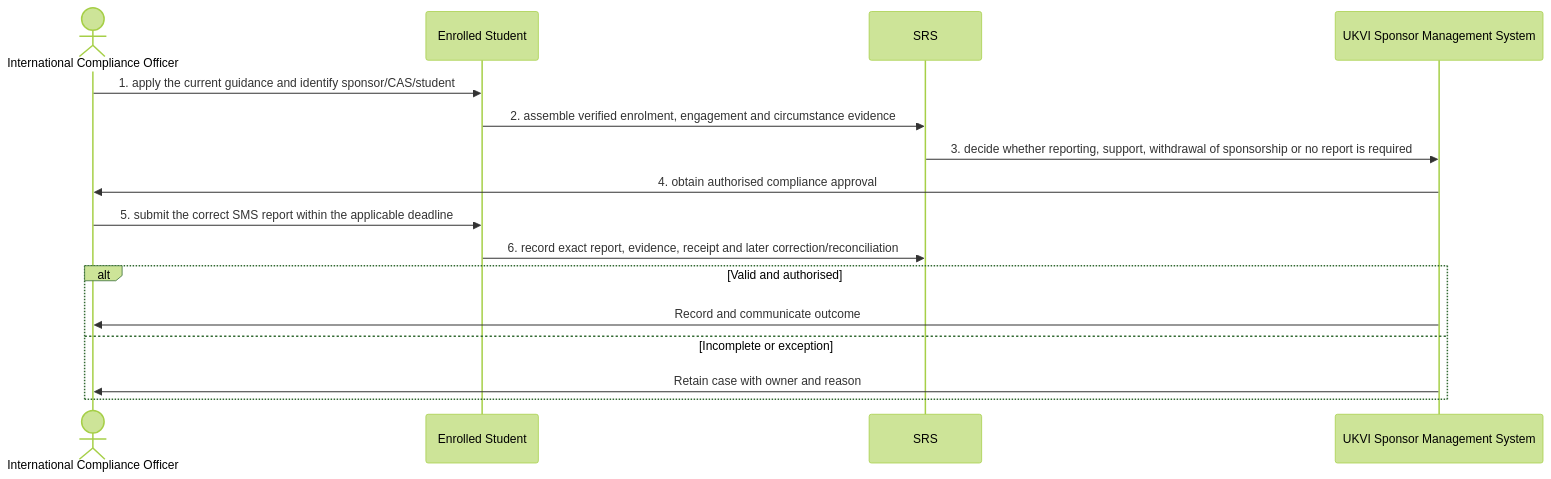
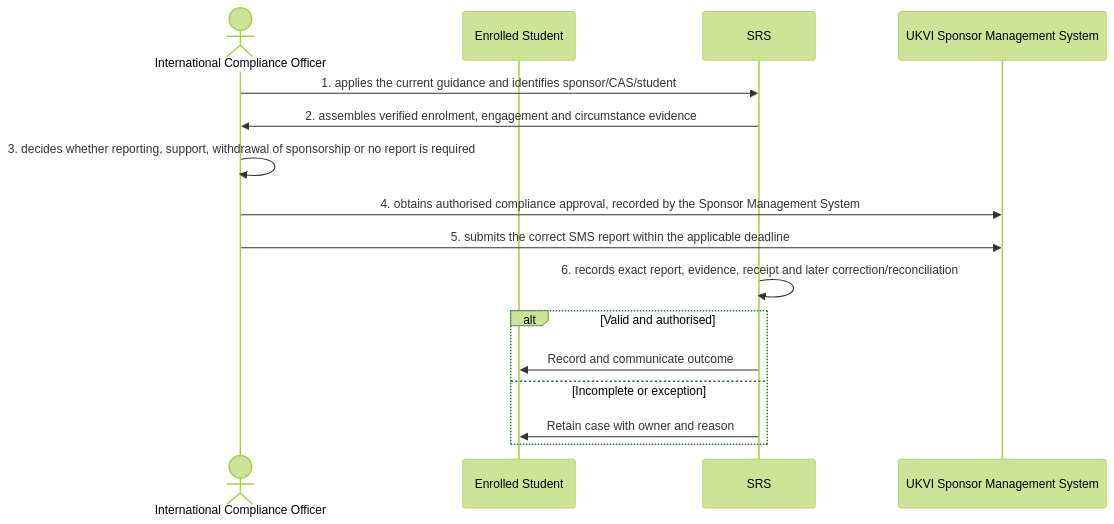
The diagram in docs/business-processes/07-regulatory-and-statutory-reporting/bp-07-003-manage-student-sponsor-reporting-and-compliance.md (RevelationCore/Revelation-SRS), drawn with Mermaid (forest theme) before and after one commit. The commit also changed other lines of this file and 96 other files, not shown here.

````diff
--- a/docs/business-processes/07-regulatory-and-statutory-reporting/bp-07-003-manage-student-sponsor-reporting-and-compliance.md
+++ b/docs/business-processes/07-regulatory-and-statutory-reporting/bp-07-003-manage-student-sponsor-reporting-and-compliance.md
@@ -158,18 +158,18 @@
 ```mermaid
 sequenceDiagram
     actor A1 as International Compliance Officer
     participant A2 as Enrolled Student
     participant A3 as SRS
     participant A4 as UKVI Sponsor Management System
-    A1->>A2: 1. apply the current guidance and identify sponsor/CAS/student
-    A2->>A3: 2. assemble verified enrolment, engagement and circumstance evidence
-    A3->>A4: 3. decide whether reporting, support, withdrawal of sponsorship or no report is required
-    A4->>A1: 4. obtain authorised compliance approval
-    A1->>A2: 5. submit the correct SMS report within the applicable deadline
-    A2->>A3: 6. record exact report, evidence, receipt and later correction/reconciliation
+    A1->>A3: 1. applies the current guidance and identifies sponsor/CAS/student
+    A3->>A1: 2. assembles verified enrolment, engagement and circumstance evidence
+    A1->>A1: 3. decides whether reporting, support, withdrawal of sponsorship or no report is required
+    A1->>A4: 4. obtains authorised compliance approval, recorded by the Sponsor Management System
+    A1->>A4: 5. submits the correct SMS report within the applicable deadline
+    A3->>A3: 6. records exact report, evidence, receipt and later correction/reconciliation
     alt Valid and authorised
-        A4->>A1: Record and communicate outcome
+        A3->>A2: Record and communicate outcome
     else Incomplete or exception
-        A4->>A1: Retain case with owner and reason
+        A3->>A2: Retain case with owner and reason
     end
 ```
````
